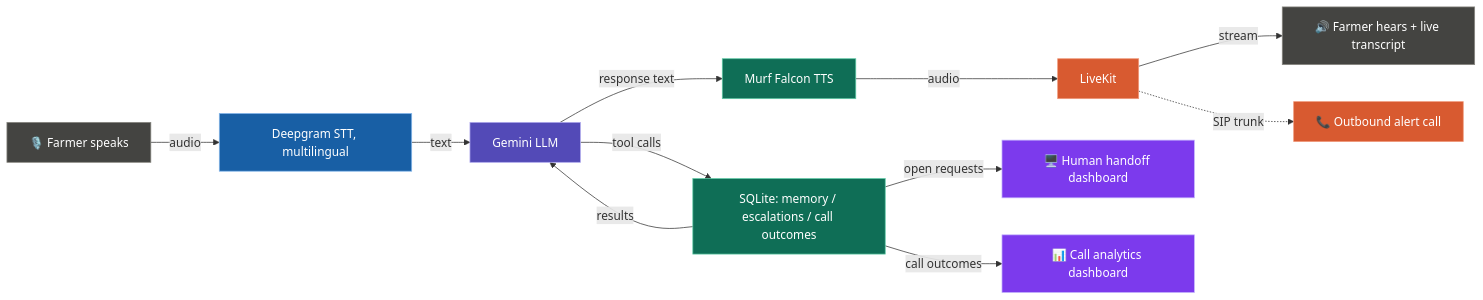
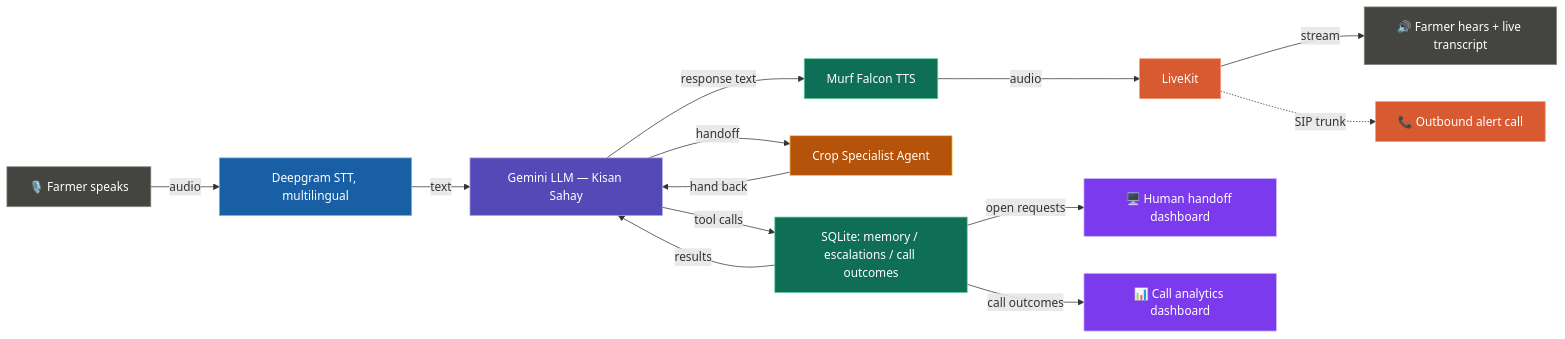
The diagram in README.md (MEHWISH310/murf-livekit-starter), drawn with Mermaid before and after one commit. The commit also changed other lines of this file and 4 other files, not shown here.

````diff
--- a/README.md
+++ b/README.md
@@ -21,24 +21,27 @@
 ```mermaid
 flowchart LR
     A[🎙️ Farmer speaks] -->|audio| B[Deepgram STT, multilingual]
-    B -->|text| C[Gemini LLM]
+    B -->|text| C[Gemini LLM — Kisan Sahay]
     C -->|tool calls| D[SQLite: memory / escalations / call outcomes]
     D -->|results| C
+    C -->|handoff| K[Crop Specialist Agent]
+    K -->|hand back| C
     C -->|response text| E[Murf Falcon TTS]
     E -->|audio| F[LiveKit]
     F -->|stream| G[🔊 Farmer hears + live transcript]
     F -.->|SIP trunk| H[📞 Outbound alert call]
     D -->|open requests| I[🖥️ Human handoff dashboard]
     D -->|call outcomes| J[📊 Call analytics dashboard]
 
     style A fill:#444441,stroke:#888780,color:#fff
     style B fill:#185FA5,stroke:#85B7EB,color:#fff
     style C fill:#534AB7,stroke:#AFA9EC,color:#fff
     style D fill:#0F6E56,stroke:#5DCAA5,color:#fff
     style E fill:#0F6E56,stroke:#5DCAA5,color:#fff
     style F fill:#D85A30,stroke:#F0997B,color:#fff
     style G fill:#444441,stroke:#888780,color:#fff
     style H fill:#D85A30,stroke:#F0997B,color:#fff
     style I fill:#7C3AED,stroke:#C4B5FD,color:#fff
     style J fill:#7C3AED,stroke:#C4B5FD,color:#fff
+    style K fill:#B45309,stroke:#FCD34D,color:#fff
 ```
````
